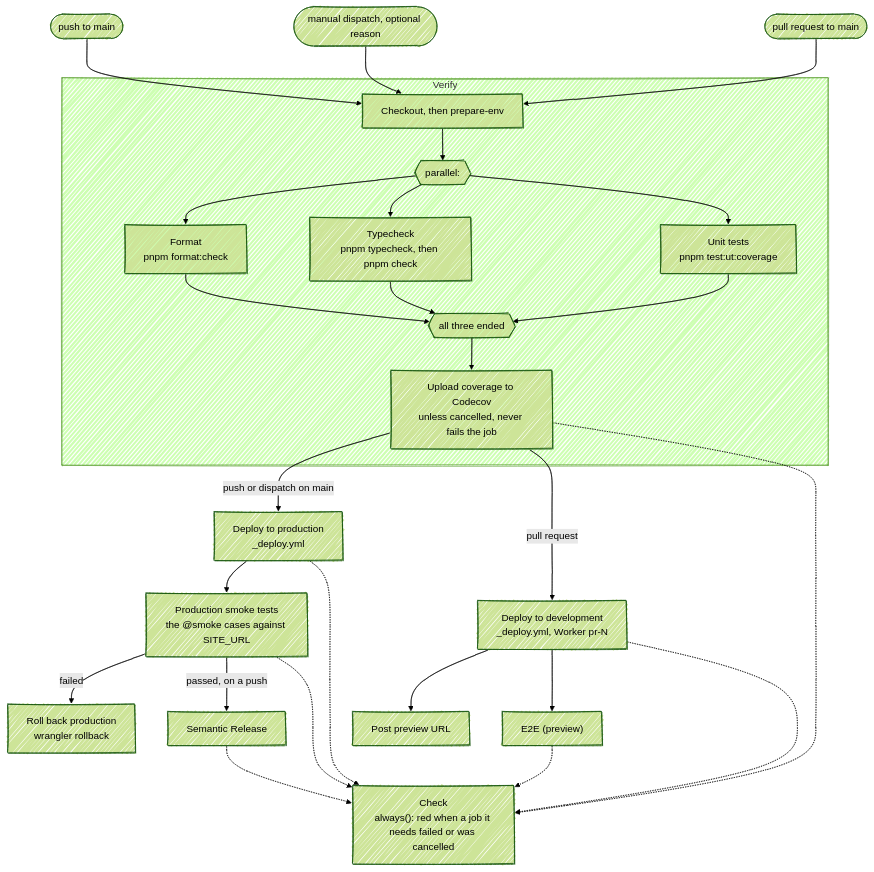
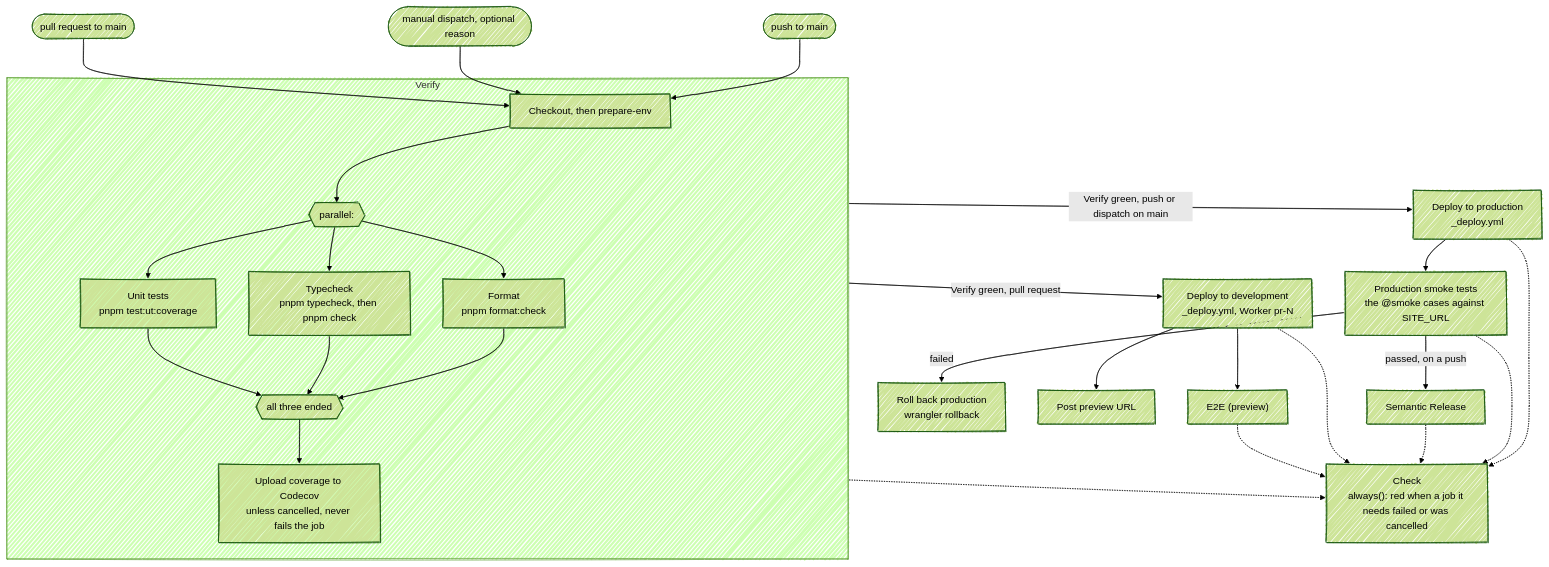
The first of 3 diagrams in docs/wiki/CI-CD.md (fbuireu/biancafiore), drawn with Mermaid (forest theme) before and after one commit. The commit also changed other lines of this file, not shown here.

First line of the commit message:
docs(ci): draw the deploys after a green Verify, and give the per-PR previews a section as ephemeral environments

````diff
--- a/docs/wiki/CI-CD.md
+++ b/docs/wiki/CI-CD.md
@@ -28,35 +28,35 @@
 ```mermaid
 ---
 config:
   look: handDrawn
   layout: dagre
 ---
 flowchart TB
     push(["push to main"]) --> prepare
     dispatch(["manual dispatch, optional reason"]) --> prepare
     pr(["pull request to main"]) --> prepare
     subgraph verify["Verify"]
         prepare["Checkout, then prepare-env"] --> fork{{"parallel:"}}
         fork --> format["Format<br/>pnpm format:check"]
         fork --> typecheck["Typecheck<br/>pnpm typecheck, then pnpm check"]
         fork --> unit["Unit tests<br/>pnpm test:ut:coverage"]
         format --> join{{"all three ended"}}
         typecheck --> join
         unit --> join
         join --> codecov["Upload coverage to Codecov<br/>unless cancelled, never fails the job"]
     end
-    codecov -- "push or dispatch on main" --> production["Deploy to production<br/>_deploy.yml"]
+    verify -- "Verify green, push or dispatch on main" --> production["Deploy to production<br/>_deploy.yml"]
     production --> smoke["Production smoke tests<br/>the @smoke cases against SITE_URL"]
     smoke -- "failed" --> rollback["Roll back production<br/>wrangler rollback"]
     smoke -- "passed, on a push" --> release["Semantic Release"]
-    codecov -- "pull request" --> development["Deploy to development<br/>_deploy.yml, Worker pr-N"]
+    verify -- "Verify green, pull request" --> development["Deploy to development<br/>_deploy.yml, Worker pr-N"]
     development --> comment["Post preview URL"]
     development --> e2e["E2E (preview)"]
     check["Check<br/>always(): red when a job it needs failed or was cancelled"]
-    codecov -.-> check
+    verify -.-> check
     production -.-> check
     smoke -.-> check
     release -.-> check
     development -.-> check
     e2e -.-> check
 ```
````
